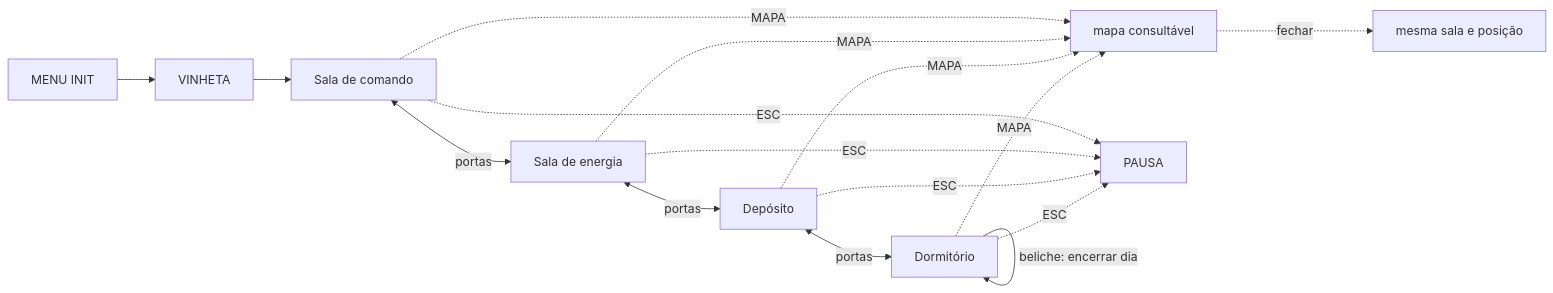
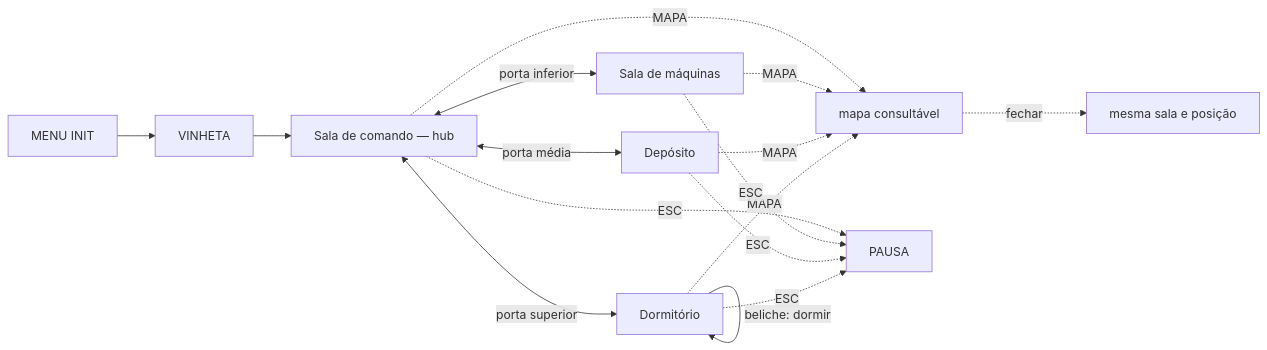
Before and after one commit to shelldonryan/gtd_example: the diagram in interface/FLOW.md, drawn with Mermaid. The commit also changed other lines of this file and 15 other files, not shown here.

````diff
--- a/interface/FLOW.md
+++ b/interface/FLOW.md
@@ -22,17 +22,17 @@
 ```mermaid
 graph LR
-  INIT["MENU INIT"] --> VINHETA --> COMANDO["Sala de comando"]
-  COMANDO <-->|portas| ENERGIA["Sala de energia"]
-  ENERGIA <-->|portas| DEPOSITO["Depósito"]
-  DEPOSITO <-->|portas| DORMITORIO["Dormitório"]
-  DORMITORIO -->|beliche: encerrar dia| DORMITORIO
+  INIT["MENU INIT"] --> VINHETA --> COMANDO["Sala de comando — hub"]
+  COMANDO <-->|porta superior| DORMITORIO["Dormitório"]
+  COMANDO <-->|porta média| DEPOSITO["Depósito"]
+  COMANDO <-->|porta inferior| MAQUINAS["Sala de máquinas"]
+  DORMITORIO -->|beliche: dormir| DORMITORIO
   COMANDO -.->|MAPA| MAPA["mapa consultável"]
-  ENERGIA -.->|MAPA| MAPA
+  MAQUINAS -.->|MAPA| MAPA
   DEPOSITO -.->|MAPA| MAPA
   DORMITORIO -.->|MAPA| MAPA
   MAPA -.->|fechar| SALA_ATUAL["mesma sala e posição"]
   COMANDO -.->|ESC| PAUSA["PAUSA"]
-  ENERGIA -.->|ESC| PAUSA
+  MAQUINAS -.->|ESC| PAUSA
   DEPOSITO -.->|ESC| PAUSA
   DORMITORIO -.->|ESC| PAUSA
 ```
````
